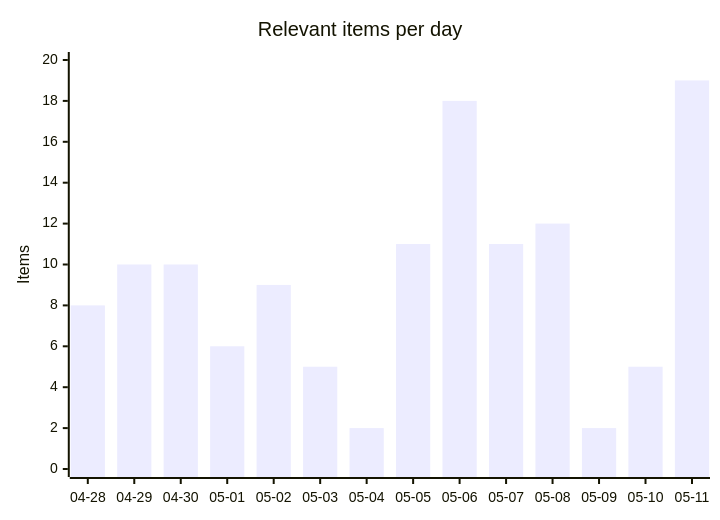
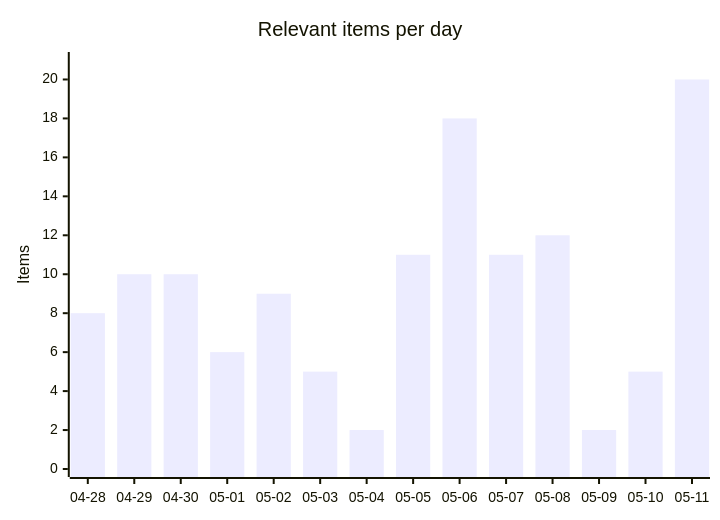
Before and after one commit to martinbalfanz/social-scanner-reports: the first of 4 diagrams in README.md, drawn with Mermaid. The commit also changed other lines of this file and 2 other files, not shown here.

````diff
--- a/README.md
+++ b/README.md
@@ -30,7 +30,7 @@
 ```mermaid
 xychart-beta
     title "Relevant items per day"
     x-axis ["04-28", "04-29", "04-30", "05-01", "05-02", "05-03", "05-04", "05-05", "05-06", "05-07", "05-08", "05-09", "05-10", "05-11"]
-    y-axis "Items" 0 --> 20
-    bar [8, 10, 10, 6, 9, 5, 2, 11, 18, 11, 12, 2, 5, 19]
+    y-axis "Items" 0 --> 21
+    bar [8, 10, 10, 6, 9, 5, 2, 11, 18, 11, 12, 2, 5, 20]
 ```
````
